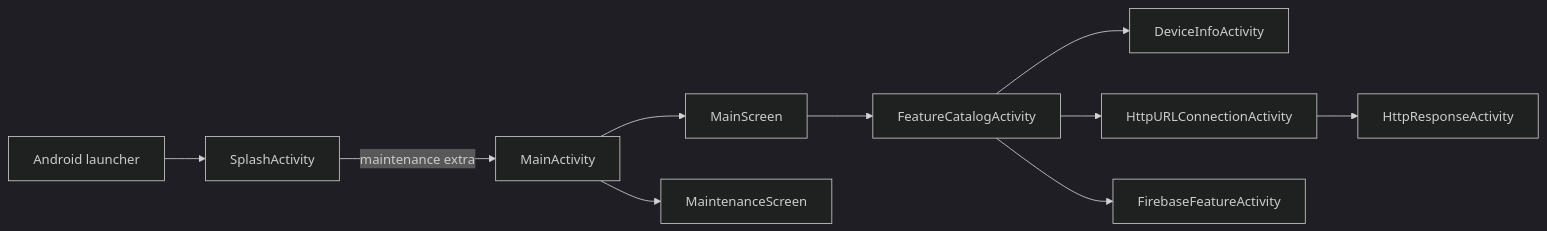
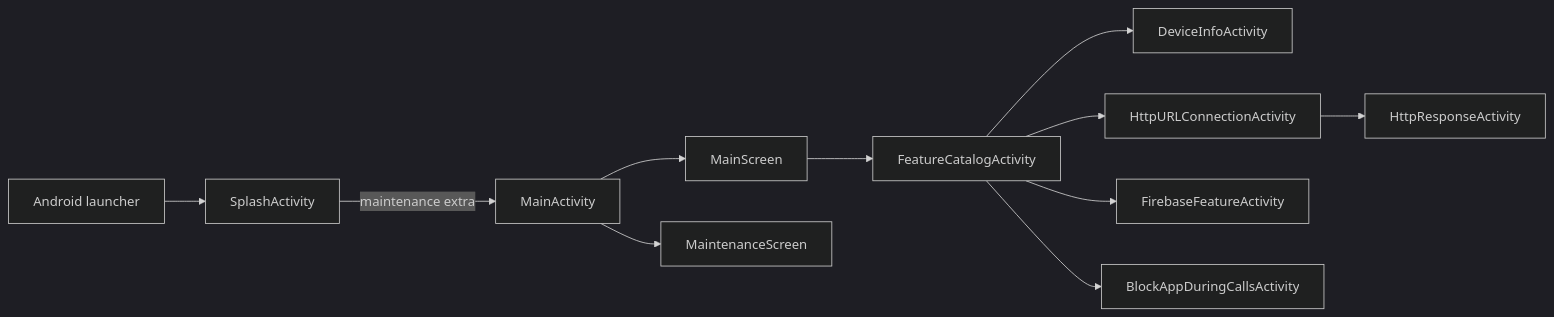
Before and after one commit to gjp-ai/gjp-lab-android-kotlin: the first of 2 diagrams in doc/architecture/application.md, drawn with Mermaid (dark theme). The commit also changed other lines of this file and 27 other files, not shown here.

````diff
--- a/doc/architecture/application.md
+++ b/doc/architecture/application.md
@@ -11,12 +11,13 @@
 ```mermaid
 flowchart LR
     Launcher[Android launcher] --> SplashActivity
     SplashActivity -->|maintenance extra| MainActivity
     MainActivity --> MainScreen
     MainActivity --> MaintenanceScreen
     MainScreen --> FeatureCatalogActivity
     FeatureCatalogActivity --> DeviceInfoActivity
     FeatureCatalogActivity --> HttpURLConnectionActivity
     FeatureCatalogActivity --> FirebaseFeatureActivity
+    FeatureCatalogActivity --> BlockAppDuringCallsActivity
     HttpURLConnectionActivity --> HttpResponseActivity
 ```
````
